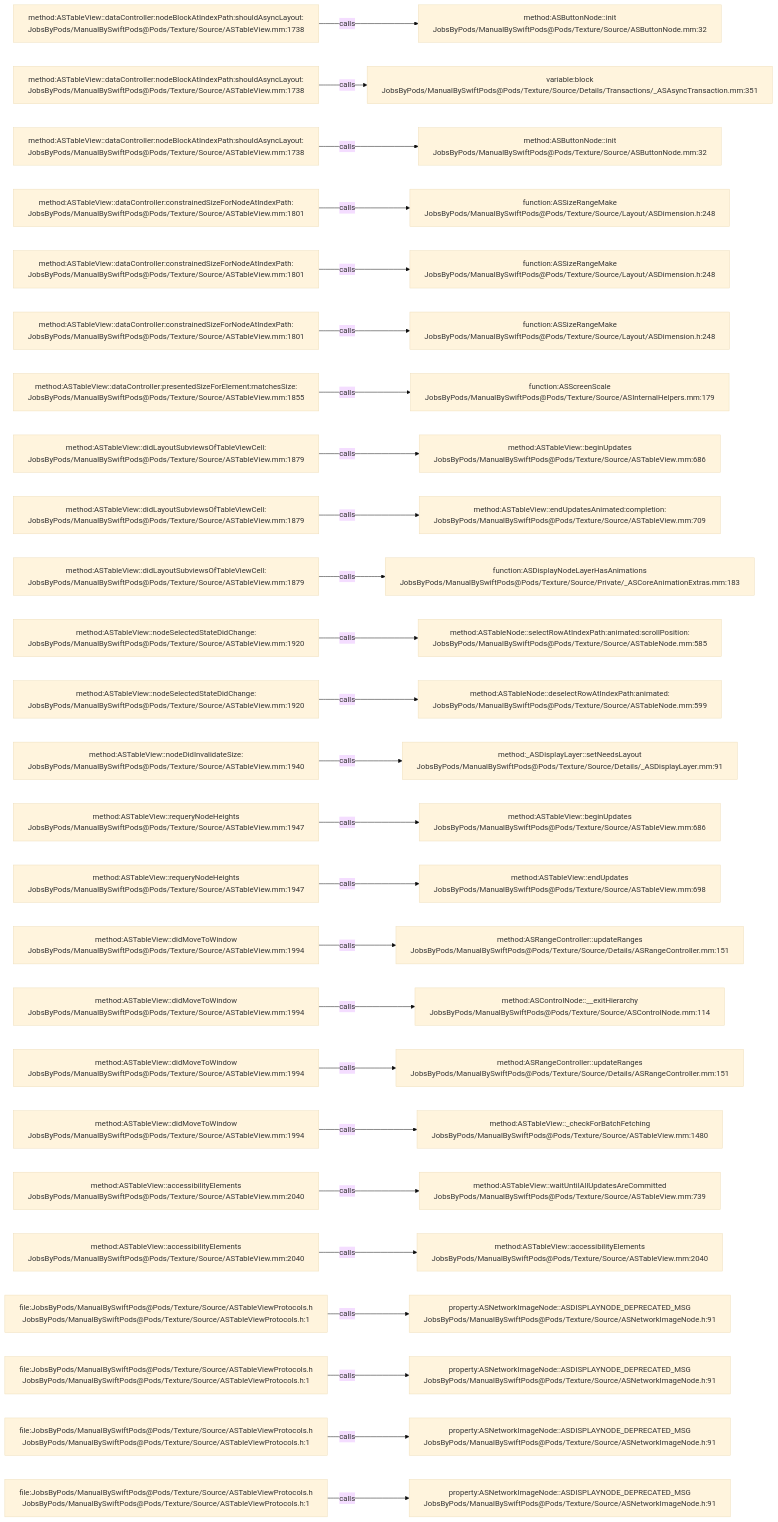
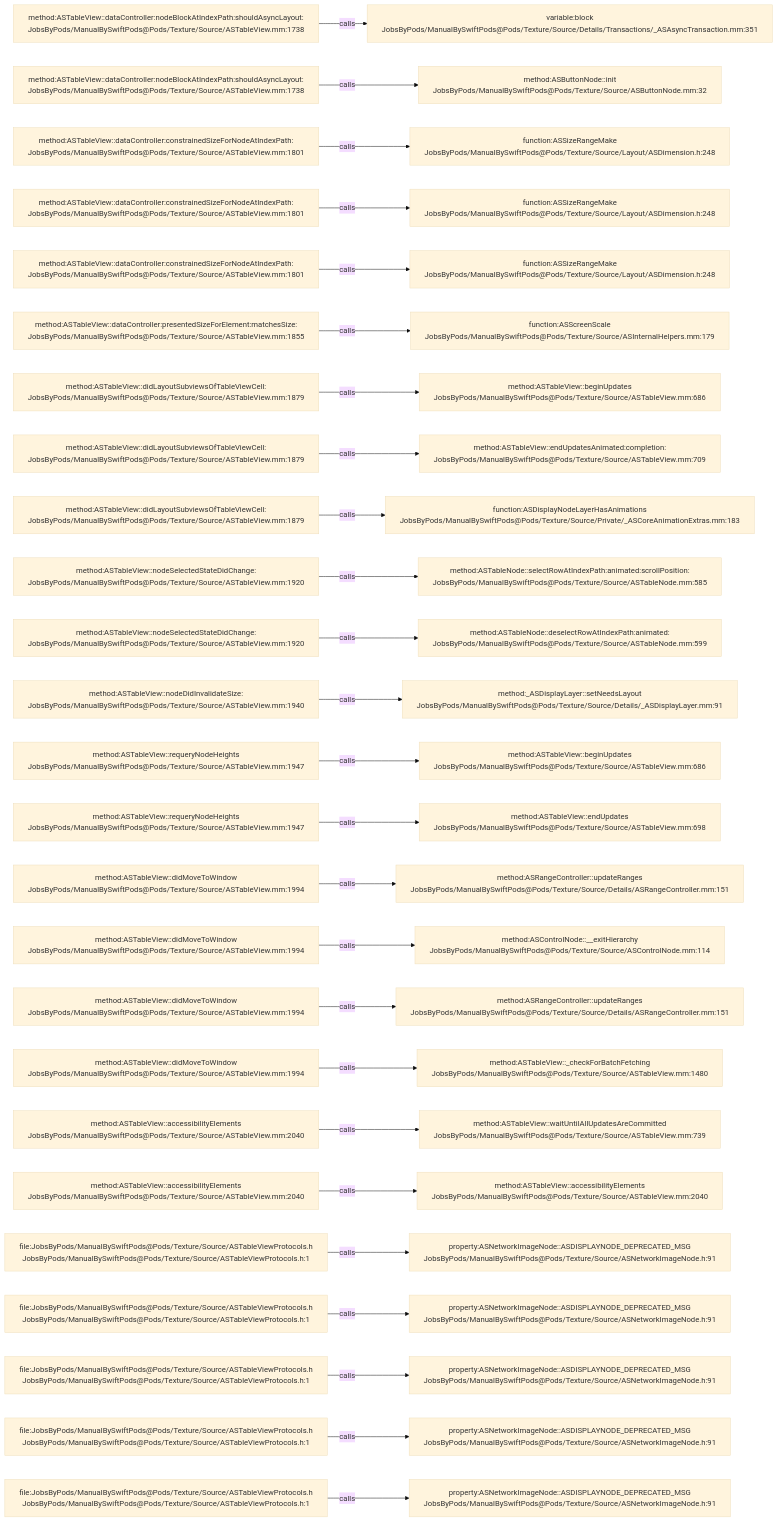
Before and after one commit to JobsKits/JobsSwiftBaseConfigDemo: the diagram in .codegraph/codegraph.md/graphs/calls-063.md, drawn with Mermaid (base theme). The commit also changed 747 other files, not shown here.

````diff
--- a/.codegraph/codegraph.md/graphs/calls-063.md
+++ b/.codegraph/codegraph.md/graphs/calls-063.md
@@ -13,78 +13,78 @@
 ```mermaid
 flowchart LR
   S1["method:ASTableView::dataController:nodeBlockAtIndexPath:shouldAsyncLayout:<br/>JobsByPods/ManualBySwiftPods@Pods/Texture/Source/ASTableView.mm:1738"]
-  T1["method:ASButtonNode::init<br/>JobsByPods/ManualBySwiftPods@Pods/Texture/Source/ASButtonNode.mm:32"]
+  T1["variable:block<br/>JobsByPods/ManualBySwiftPods@Pods/Texture/Source/Details/Transactions/_ASAsyncTransaction.mm:351"]
   S1 -->|calls| T1
   S2["method:ASTableView::dataController:nodeBlockAtIndexPath:shouldAsyncLayout:<br/>JobsByPods/ManualBySwiftPods@Pods/Texture/Source/ASTableView.mm:1738"]
-  T2["variable:block<br/>JobsByPods/ManualBySwiftPods@Pods/Texture/Source/Details/Transactions/_ASAsyncTransaction.mm:351"]
+  T2["method:ASButtonNode::init<br/>JobsByPods/ManualBySwiftPods@Pods/Texture/Source/ASButtonNode.mm:32"]
   S2 -->|calls| T2
-  S3["method:ASTableView::dataController:nodeBlockAtIndexPath:shouldAsyncLayout:<br/>JobsByPods/ManualBySwiftPods@Pods/Texture/Source/ASTableView.mm:1738"]
-  T3["method:ASButtonNode::init<br/>JobsByPods/ManualBySwiftPods@Pods/Texture/Source/ASButtonNode.mm:32"]
+  S3["method:ASTableView::dataController:constrainedSizeForNodeAtIndexPath:<br/>JobsByPods/ManualBySwiftPods@Pods/Texture/Source/ASTableView.mm:1801"]
+  T3["function:ASSizeRangeMake<br/>JobsByPods/ManualBySwiftPods@Pods/Texture/Source/Layout/ASDimension.h:248"]
   S3 -->|calls| T3
   S4["method:ASTableView::dataController:constrainedSizeForNodeAtIndexPath:<br/>JobsByPods/ManualBySwiftPods@Pods/Texture/Source/ASTableView.mm:1801"]
   T4["function:ASSizeRangeMake<br/>JobsByPods/ManualBySwiftPods@Pods/Texture/Source/Layout/ASDimension.h:248"]
   S4 -->|calls| T4
   S5["method:ASTableView::dataController:constrainedSizeForNodeAtIndexPath:<br/>JobsByPods/ManualBySwiftPods@Pods/Texture/Source/ASTableView.mm:1801"]
   T5["function:ASSizeRangeMake<br/>JobsByPods/ManualBySwiftPods@Pods/Texture/Source/Layout/ASDimension.h:248"]
   S5 -->|calls| T5
-  S6["method:ASTableView::dataController:constrainedSizeForNodeAtIndexPath:<br/>JobsByPods/ManualBySwiftPods@Pods/Texture/Source/ASTableView.mm:1801"]
-  T6["function:ASSizeRangeMake<br/>JobsByPods/ManualBySwiftPods@Pods/Texture/Source/Layout/ASDimension.h:248"]
+  S6["method:ASTableView::dataController:presentedSizeForElement:matchesSize:<br/>JobsByPods/ManualBySwiftPods@Pods/Texture/Source/ASTableView.mm:1855"]
+  T6["function:ASScreenScale<br/>JobsByPods/ManualBySwiftPods@Pods/Texture/Source/ASInternalHelpers.mm:179"]
   S6 -->|calls| T6
-  S7["method:ASTableView::dataController:presentedSizeForElement:matchesSize:<br/>JobsByPods/ManualBySwiftPods@Pods/Texture/Source/ASTableView.mm:1855"]
-  T7["function:ASScreenScale<br/>JobsByPods/ManualBySwiftPods@Pods/Texture/Source/ASInternalHelpers.mm:179"]
+  S7["method:ASTableView::didLayoutSubviewsOfTableViewCell:<br/>JobsByPods/ManualBySwiftPods@Pods/Texture/Source/ASTableView.mm:1879"]
+  T7["method:ASTableView::beginUpdates<br/>JobsByPods/ManualBySwiftPods@Pods/Texture/Source/ASTableView.mm:686"]
   S7 -->|calls| T7
   S8["method:ASTableView::didLayoutSubviewsOfTableViewCell:<br/>JobsByPods/ManualBySwiftPods@Pods/Texture/Source/ASTableView.mm:1879"]
-  T8["method:ASTableView::beginUpdates<br/>JobsByPods/ManualBySwiftPods@Pods/Texture/Source/ASTableView.mm:686"]
+  T8["method:ASTableView::endUpdatesAnimated:completion:<br/>JobsByPods/ManualBySwiftPods@Pods/Texture/Source/ASTableView.mm:709"]
   S8 -->|calls| T8
   S9["method:ASTableView::didLayoutSubviewsOfTableViewCell:<br/>JobsByPods/ManualBySwiftPods@Pods/Texture/Source/ASTableView.mm:1879"]
-  T9["method:ASTableView::endUpdatesAnimated:completion:<br/>JobsByPods/ManualBySwiftPods@Pods/Texture/Source/ASTableView.mm:709"]
+  T9["function:ASDisplayNodeLayerHasAnimations<br/>JobsByPods/ManualBySwiftPods@Pods/Texture/Source/Private/_ASCoreAnimationExtras.mm:183"]
   S9 -->|calls| T9
-  S10["method:ASTableView::didLayoutSubviewsOfTableViewCell:<br/>JobsByPods/ManualBySwiftPods@Pods/Texture/Source/ASTableView.mm:1879"]
-  T10["function:ASDisplayNodeLayerHasAnimations<br/>JobsByPods/ManualBySwiftPods@Pods/Texture/Source/Private/_ASCoreAnimationExtras.mm:183"]
+  S10["method:ASTableView::nodeSelectedStateDidChange:<br/>JobsByPods/ManualBySwiftPods@Pods/Texture/Source/ASTableView.mm:1920"]
+  T10["method:ASTableNode::selectRowAtIndexPath:animated:scrollPosition:<br/>JobsByPods/ManualBySwiftPods@Pods/Texture/Source/ASTableNode.mm:585"]
   S10 -->|calls| T10
   S11["method:ASTableView::nodeSelectedStateDidChange:<br/>JobsByPods/ManualBySwiftPods@Pods/Texture/Source/ASTableView.mm:1920"]
-  T11["method:ASTableNode::selectRowAtIndexPath:animated:scrollPosition:<br/>JobsByPods/ManualBySwiftPods@Pods/Texture/Source/ASTableNode.mm:585"]
+  T11["method:ASTableNode::deselectRowAtIndexPath:animated:<br/>JobsByPods/ManualBySwiftPods@Pods/Texture/Source/ASTableNode.mm:599"]
   S11 -->|calls| T11
-  S12["method:ASTableView::nodeSelectedStateDidChange:<br/>JobsByPods/ManualBySwiftPods@Pods/Texture/Source/ASTableView.mm:1920"]
-  T12["method:ASTableNode::deselectRowAtIndexPath:animated:<br/>JobsByPods/ManualBySwiftPods@Pods/Texture/Source/ASTableNode.mm:599"]
+  S12["method:ASTableView::nodeDidInvalidateSize:<br/>JobsByPods/ManualBySwiftPods@Pods/Texture/Source/ASTableView.mm:1940"]
+  T12["method:_ASDisplayLayer::setNeedsLayout<br/>JobsByPods/ManualBySwiftPods@Pods/Texture/Source/Details/_ASDisplayLayer.mm:91"]
   S12 -->|calls| T12
-  S13["method:ASTableView::nodeDidInvalidateSize:<br/>JobsByPods/ManualBySwiftPods@Pods/Texture/Source/ASTableView.mm:1940"]
-  T13["method:_ASDisplayLayer::setNeedsLayout<br/>JobsByPods/ManualBySwiftPods@Pods/Texture/Source/Details/_ASDisplayLayer.mm:91"]
+  S13["method:ASTableView::requeryNodeHeights<br/>JobsByPods/ManualBySwiftPods@Pods/Texture/Source/ASTableView.mm:1947"]
+  T13["method:ASTableView::beginUpdates<br/>JobsByPods/ManualBySwiftPods@Pods/Texture/Source/ASTableView.mm:686"]
   S13 -->|calls| T13
   S14["method:ASTableView::requeryNodeHeights<br/>JobsByPods/ManualBySwiftPods@Pods/Texture/Source/ASTableView.mm:1947"]
-  T14["method:ASTableView::beginUpdates<br/>JobsByPods/ManualBySwiftPods@Pods/Texture/Source/ASTableView.mm:686"]
+  T14["method:ASTableView::endUpdates<br/>JobsByPods/ManualBySwiftPods@Pods/Texture/Source/ASTableView.mm:698"]
   S14 -->|calls| T14
-  S15["method:ASTableView::requeryNodeHeights<br/>JobsByPods/ManualBySwiftPods@Pods/Texture/Source/ASTableView.mm:1947"]
-  T15["method:ASTableView::endUpdates<br/>JobsByPods/ManualBySwiftPods@Pods/Texture/Source/ASTableView.mm:698"]
+  S15["method:ASTableView::didMoveToWindow<br/>JobsByPods/ManualBySwiftPods@Pods/Texture/Source/ASTableView.mm:1994"]
+  T15["method:ASRangeController::updateRanges<br/>JobsByPods/ManualBySwiftPods@Pods/Texture/Source/Details/ASRangeController.mm:151"]
   S15 -->|calls| T15
   S16["method:ASTableView::didMoveToWindow<br/>JobsByPods/ManualBySwiftPods@Pods/Texture/Source/ASTableView.mm:1994"]
-  T16["method:ASRangeController::updateRanges<br/>JobsByPods/ManualBySwiftPods@Pods/Texture/Source/Details/ASRangeController.mm:151"]
+  T16["method:ASControlNode::__exitHierarchy<br/>JobsByPods/ManualBySwiftPods@Pods/Texture/Source/ASControlNode.mm:114"]
   S16 -->|calls| T16
   S17["method:ASTableView::didMoveToWindow<br/>JobsByPods/ManualBySwiftPods@Pods/Texture/Source/ASTableView.mm:1994"]
-  T17["method:ASControlNode::__exitHierarchy<br/>JobsByPods/ManualBySwiftPods@Pods/Texture/Source/ASControlNode.mm:114"]
+  T17["method:ASRangeController::updateRanges<br/>JobsByPods/ManualBySwiftPods@Pods/Texture/Source/Details/ASRangeController.mm:151"]
   S17 -->|calls| T17
   S18["method:ASTableView::didMoveToWindow<br/>JobsByPods/ManualBySwiftPods@Pods/Texture/Source/ASTableView.mm:1994"]
-  T18["method:ASRangeController::updateRanges<br/>JobsByPods/ManualBySwiftPods@Pods/Texture/Source/Details/ASRangeController.mm:151"]
+  T18["method:ASTableView::_checkForBatchFetching<br/>JobsByPods/ManualBySwiftPods@Pods/Texture/Source/ASTableView.mm:1480"]
   S18 -->|calls| T18
-  S19["method:ASTableView::didMoveToWindow<br/>JobsByPods/ManualBySwiftPods@Pods/Texture/Source/ASTableView.mm:1994"]
-  T19["method:ASTableView::_checkForBatchFetching<br/>JobsByPods/ManualBySwiftPods@Pods/Texture/Source/ASTableView.mm:1480"]
+  S19["method:ASTableView::accessibilityElements<br/>JobsByPods/ManualBySwiftPods@Pods/Texture/Source/ASTableView.mm:2040"]
+  T19["method:ASTableView::waitUntilAllUpdatesAreCommitted<br/>JobsByPods/ManualBySwiftPods@Pods/Texture/Source/ASTableView.mm:739"]
   S19 -->|calls| T19
   S20["method:ASTableView::accessibilityElements<br/>JobsByPods/ManualBySwiftPods@Pods/Texture/Source/ASTableView.mm:2040"]
-  T20["method:ASTableView::waitUntilAllUpdatesAreCommitted<br/>JobsByPods/ManualBySwiftPods@Pods/Texture/Source/ASTableView.mm:739"]
+  T20["method:ASTableView::accessibilityElements<br/>JobsByPods/ManualBySwiftPods@Pods/Texture/Source/ASTableView.mm:2040"]
   S20 -->|calls| T20
-  S21["method:ASTableView::accessibilityElements<br/>JobsByPods/ManualBySwiftPods@Pods/Texture/Source/ASTableView.mm:2040"]
-  T21["method:ASTableView::accessibilityElements<br/>JobsByPods/ManualBySwiftPods@Pods/Texture/Source/ASTableView.mm:2040"]
+  S21["file:JobsByPods/ManualBySwiftPods@Pods/Texture/Source/ASTableViewProtocols.h<br/>JobsByPods/ManualBySwiftPods@Pods/Texture/Source/ASTableViewProtocols.h:1"]
+  T21["property:ASNetworkImageNode::ASDISPLAYNODE_DEPRECATED_MSG<br/>JobsByPods/ManualBySwiftPods@Pods/Texture/Source/ASNetworkImageNode.h:91"]
   S21 -->|calls| T21
   S22["file:JobsByPods/ManualBySwiftPods@Pods/Texture/Source/ASTableViewProtocols.h<br/>JobsByPods/ManualBySwiftPods@Pods/Texture/Source/ASTableViewProtocols.h:1"]
   T22["property:ASNetworkImageNode::ASDISPLAYNODE_DEPRECATED_MSG<br/>JobsByPods/ManualBySwiftPods@Pods/Texture/Source/ASNetworkImageNode.h:91"]
   S22 -->|calls| T22
   S23["file:JobsByPods/ManualBySwiftPods@Pods/Texture/Source/ASTableViewProtocols.h<br/>JobsByPods/ManualBySwiftPods@Pods/Texture/Source/ASTableViewProtocols.h:1"]
   T23["property:ASNetworkImageNode::ASDISPLAYNODE_DEPRECATED_MSG<br/>JobsByPods/ManualBySwiftPods@Pods/Texture/Source/ASNetworkImageNode.h:91"]
   S23 -->|calls| T23
   S24["file:JobsByPods/ManualBySwiftPods@Pods/Texture/Source/ASTableViewProtocols.h<br/>JobsByPods/ManualBySwiftPods@Pods/Texture/Source/ASTableViewProtocols.h:1"]
   T24["property:ASNetworkImageNode::ASDISPLAYNODE_DEPRECATED_MSG<br/>JobsByPods/ManualBySwiftPods@Pods/Texture/Source/ASNetworkImageNode.h:91"]
   S24 -->|calls| T24
   S25["file:JobsByPods/ManualBySwiftPods@Pods/Texture/Source/ASTableViewProtocols.h<br/>JobsByPods/ManualBySwiftPods@Pods/Texture/Source/ASTableViewProtocols.h:1"]
   T25["property:ASNetworkImageNode::ASDISPLAYNODE_DEPRECATED_MSG<br/>JobsByPods/ManualBySwiftPods@Pods/Texture/Source/ASNetworkImageNode.h:91"]
   S25 -->|calls| T25
 ```
````
